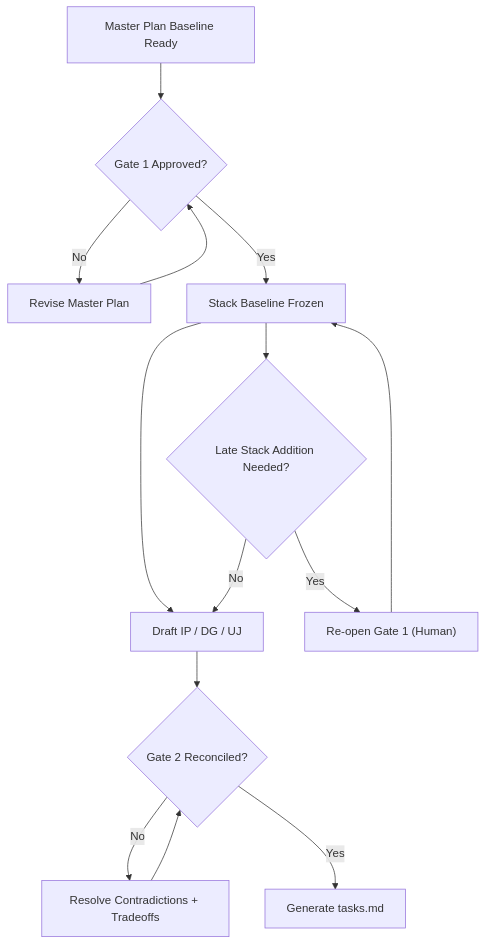
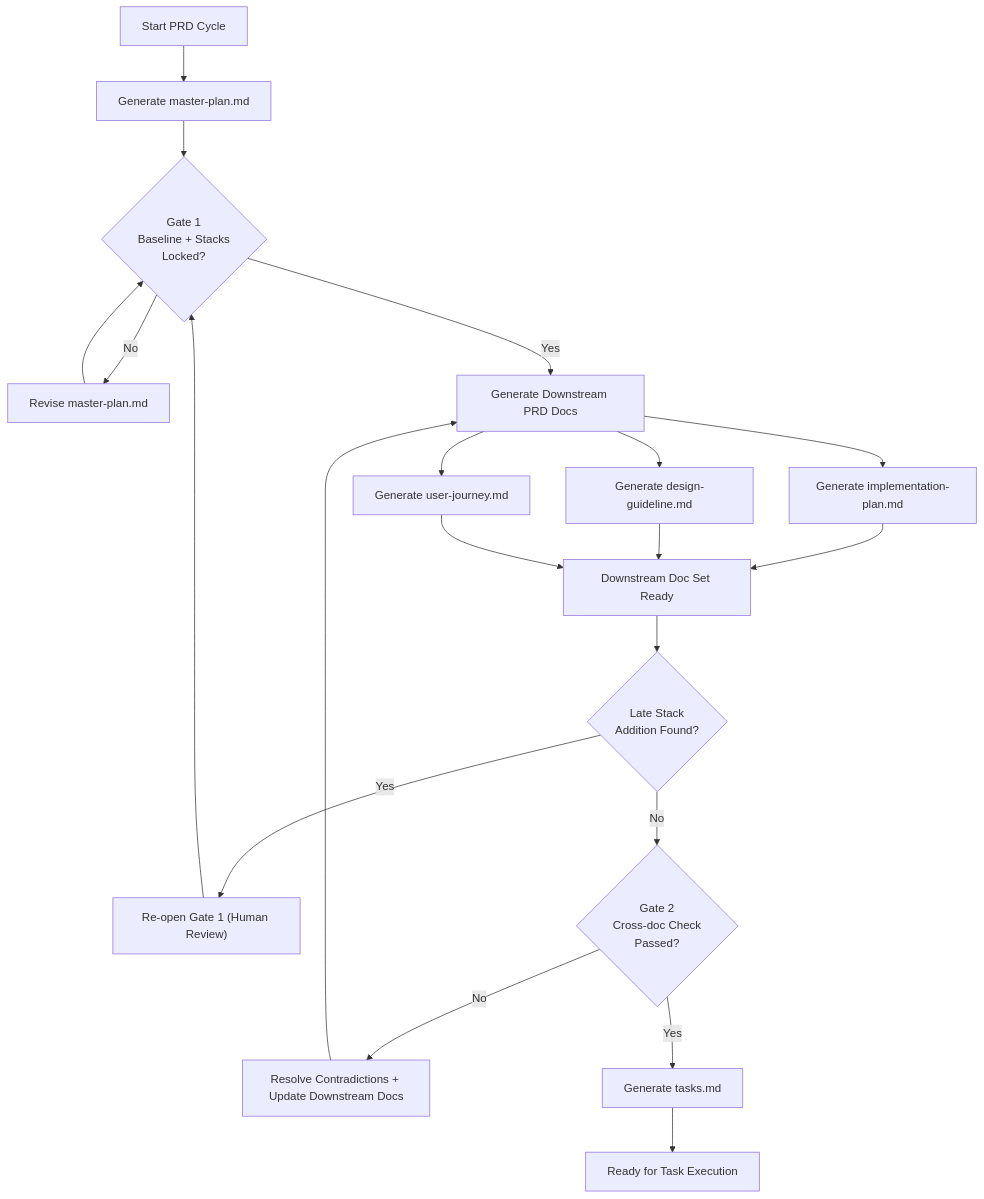
Before and after one commit to Weihan96/codex-template-v4: the diagram in PRD-rules.md, drawn with Mermaid. The commit also changed other lines of this file, not shown here.

Commit message:
Clarify PRD workflow, section references, and authoring-style rules

````diff
--- a/PRD-rules.md
+++ b/PRD-rules.md
@@ -51,16 +16,20 @@
 ```mermaid
 flowchart TB
-  S0["Master Plan Baseline Ready"] --> G1{"Gate 1 Approved?"}
-  G1 -->|No| R1["Revise Master Plan"]
-  R1 --> G1
-  G1 -->|Yes| F["Stack Baseline Frozen"]
-  F --> W["Draft IP / DG / UJ"]
-  W --> G2{"Gate 2 Reconciled?"}
-  G2 -->|No| R2["Resolve Contradictions + Tradeoffs"]
-  R2 --> G2
-  G2 -->|Yes| T["Generate tasks.md"]
-  F --> L{"Late Stack Addition Needed?"}
-  L -->|Yes| O["Re-open Gate 1 (Human)"]
-  O --> F
-  L -->|No| W
+  START["Start PRD Cycle"]
+  START --> MP["Generate master-plan.md"]
+  MP --> G1{"Gate 1<br/>Baseline + Stacks<br/>Locked?"}
+  G1 -->|No| MP_R["Revise master-plan.md"] --> G1
+  G1 -->|Yes| DS["Generate Downstream PRD Docs"]
+  DS --> IP["Generate implementation-plan.md"]
+  DS --> DG["Generate design-guideline.md"]
+  DS --> UJ["Generate user-journey.md"]
+  IP --> READY["Downstream Doc Set Ready"]
+  DG --> READY
+  UJ --> READY
+  READY --> L{"Late Stack<br/>Addition Found?"}
+  L -->|Yes| G1R["Re-open Gate 1 (Human Review)"] --> G1
+  L -->|No| G2{"Gate 2<br/>Cross-doc Check<br/>Passed?"}
+  G2 -->|No| R2["Resolve Contradictions + Update Downstream Docs"] --> DS
+  G2 -->|Yes| TS["Generate tasks.md"]
+  TS --> END["Ready for Task Execution"]
 ```
````
